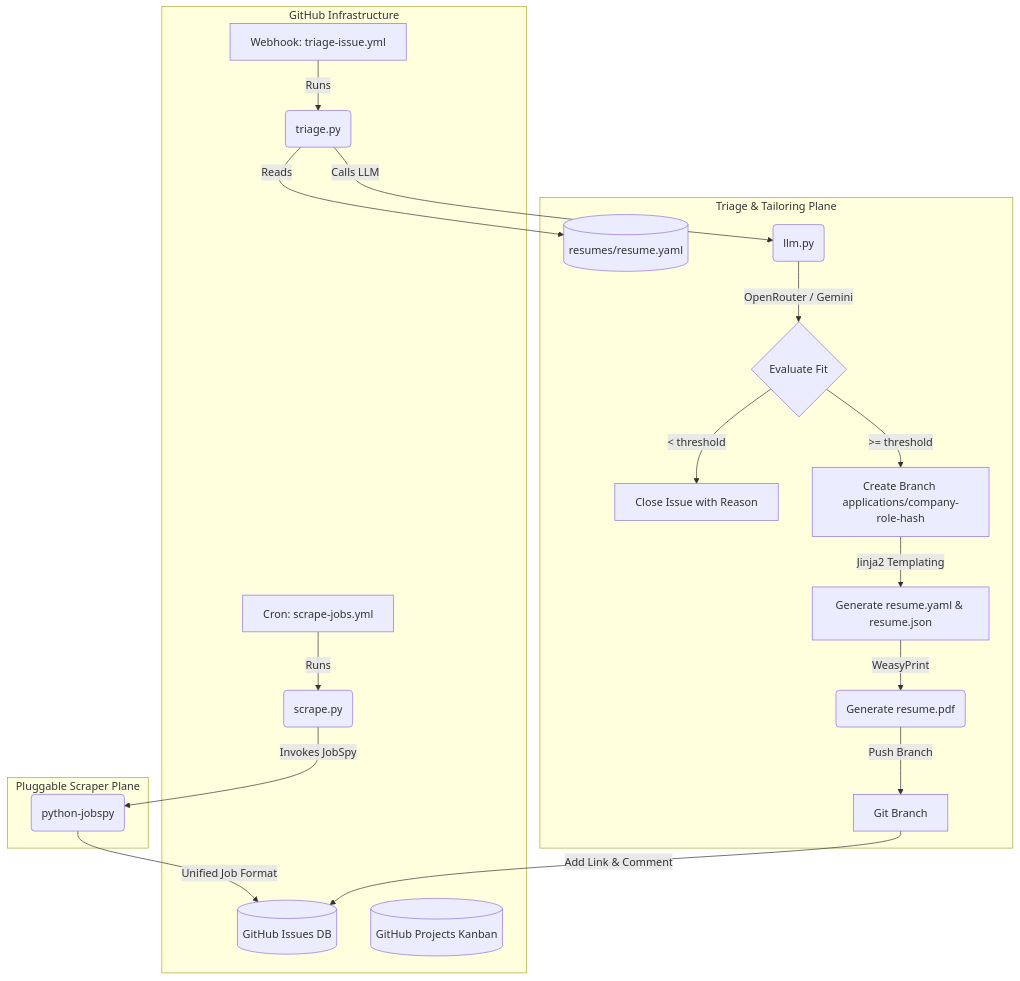
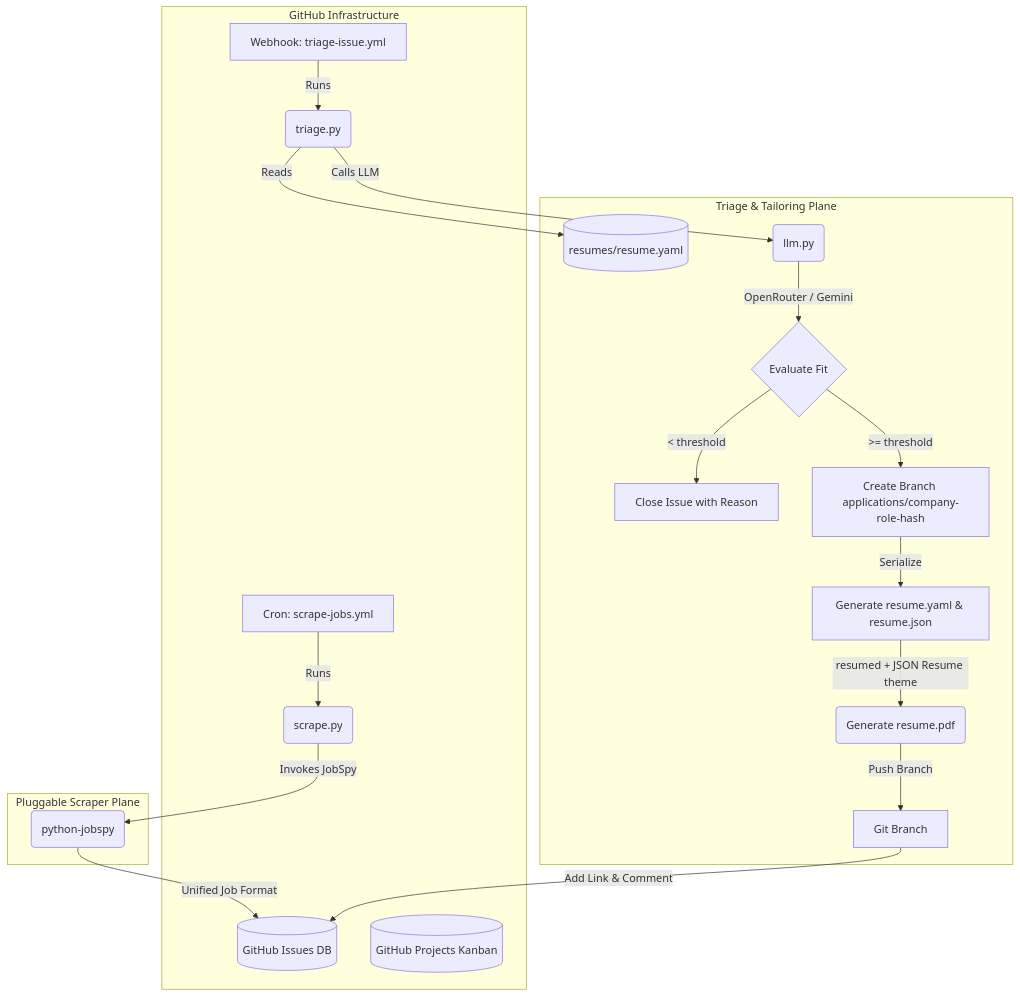
The diagram in DEVELOPMENT.md (menil/JobGitOps), drawn with Mermaid before and after one commit. The commit also changed other lines of this file and 9 other files, not shown here.

````diff
--- a/DEVELOPMENT.md
+++ b/DEVELOPMENT.md
@@ -13,29 +13,29 @@
 ```mermaid
 flowchart TD
     subgraph GitHub_Cloud ["GitHub Infrastructure"]
         A[Cron: scrape-jobs.yml] -->|Runs| B(scrape.py)
         C[Webhook: triage-issue.yml] -->|Runs| D(triage.py)
 
         Issues[(GitHub Issues DB)]
         Projects[(GitHub Projects Kanban)]
     end
 
     subgraph Scrapers ["Pluggable Scraper Plane"]
         B -->|Invokes JobSpy| E(python-jobspy)
         E -->|Unified Job Format| Issues
     end
 
     subgraph AI_Engine ["Triage & Tailoring Plane"]
         D -->|Reads| G[(resumes/resume.yaml)]
         D -->|Calls LLM| H(llm.py)
         H -->|OpenRouter / Gemini| I{Evaluate Fit}
 
         I -->|"< threshold"| J[Close Issue with Reason]
         I -->|">= threshold"| K[Create Branch applications/company-role-hash]
 
-        K -->|Jinja2 Templating| L["Generate resume.yaml & resume.json"]
-        L -->|WeasyPrint| M(Generate resume.pdf)
+        K -->|Serialize| L["Generate resume.yaml & resume.json"]
+        L -->|resumed + JSON Resume theme| M(Generate resume.pdf)
         M -->|Push Branch| N[Git Branch]
         N -->|Add Link & Comment| Issues
     end
 ```
````
